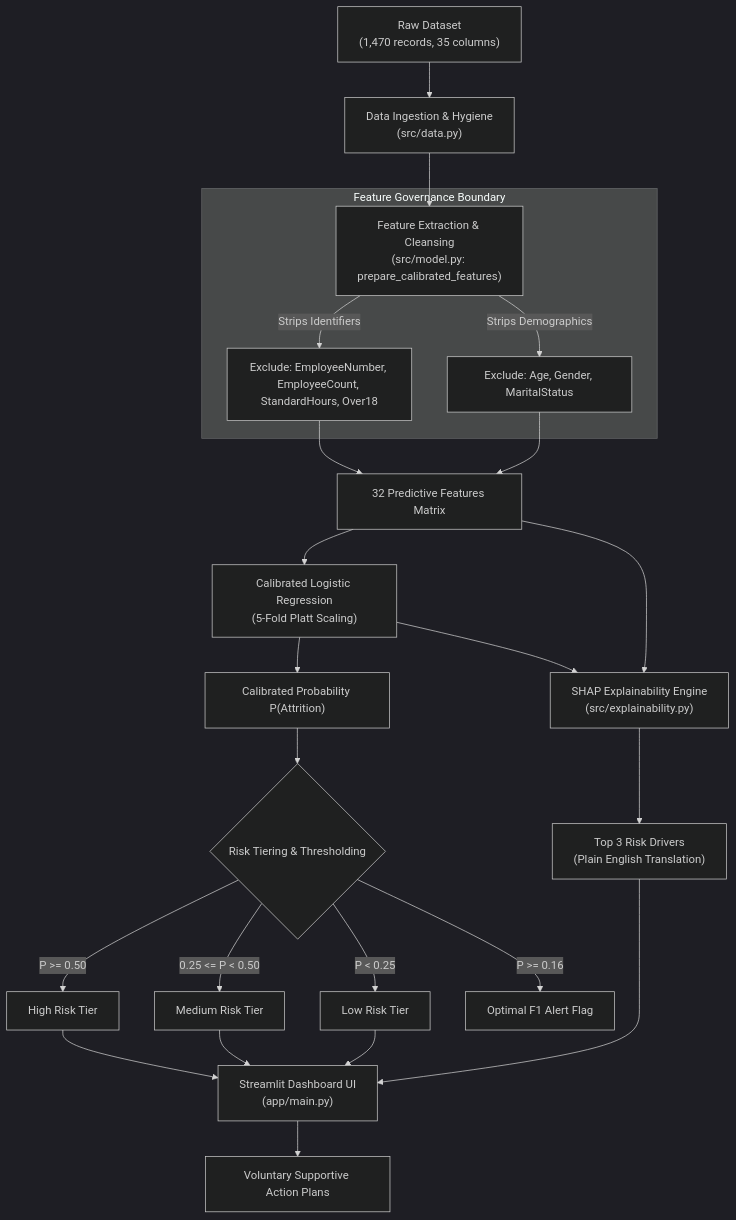
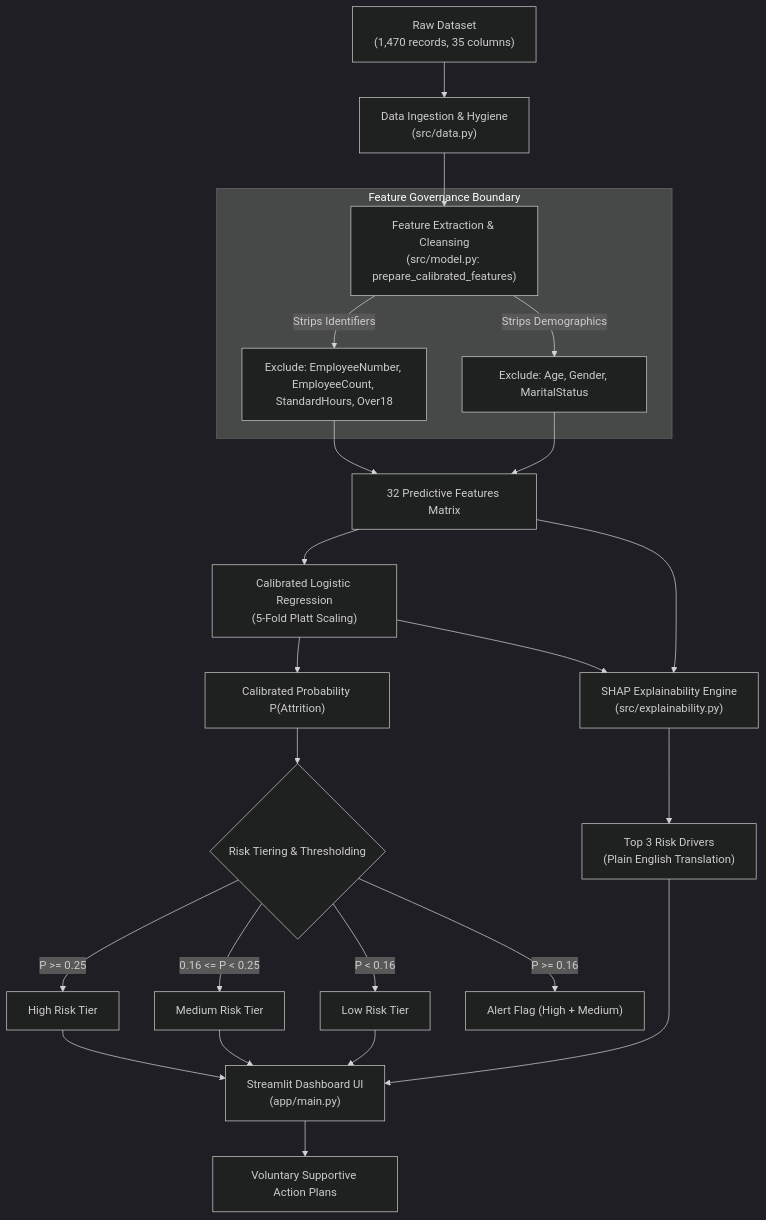
Before and after one commit to josh140905/Employee-Attrition-Predictor-ML-Project-: the diagram in README.md, drawn with Mermaid (dark theme). The commit also changed other lines of this file and 5 other files, not shown here.

````diff
--- a/README.md
+++ b/README.md
@@ -84,26 +84,26 @@
 ```mermaid
 flowchart TD
     A["Raw Dataset<br/>(1,470 records, 35 columns)"] --> B["Data Ingestion & Hygiene<br/>(src/data.py)"]
     B --> C["Feature Extraction & Cleansing<br/>(src/model.py: prepare_calibrated_features)"]
     
     subgraph Governance ["Feature Governance Boundary"]
         C -->|Strips Identifiers| D["Exclude: EmployeeNumber, EmployeeCount, StandardHours, Over18"]
         C -->|Strips Demographics| E["Exclude: Age, Gender, MaritalStatus"]
     end
     
     D & E --> F["32 Predictive Features Matrix"]
     F --> G["Calibrated Logistic Regression<br/>(5-Fold Platt Scaling)"]
     G --> H["Calibrated Probability P(Attrition)"]
     
     H --> I{"Risk Tiering & Thresholding"}
-    I -->|P >= 0.50| J["High Risk Tier"]
-    I -->|0.25 <= P < 0.50| K["Medium Risk Tier"]
-    I -->|P < 0.25| L["Low Risk Tier"]
-    I -->|P >= 0.16| M["Optimal F1 Alert Flag"]
+    I -->|P >= 0.25| J["High Risk Tier"]
+    I -->|0.16 <= P < 0.25| K["Medium Risk Tier"]
+    I -->|P < 0.16| L["Low Risk Tier"]
+    I -->|P >= 0.16| M["Alert Flag (High + Medium)"]
     
     F & G --> N["SHAP Explainability Engine<br/>(src/explainability.py)"]
     N --> O["Top 3 Risk Drivers<br/>(Plain English Translation)"]
     
     J & K & L & O --> P["Streamlit Dashboard UI<br/>(app/main.py)"]
     P --> Q["Voluntary Supportive Action Plans"]
 ```
````
